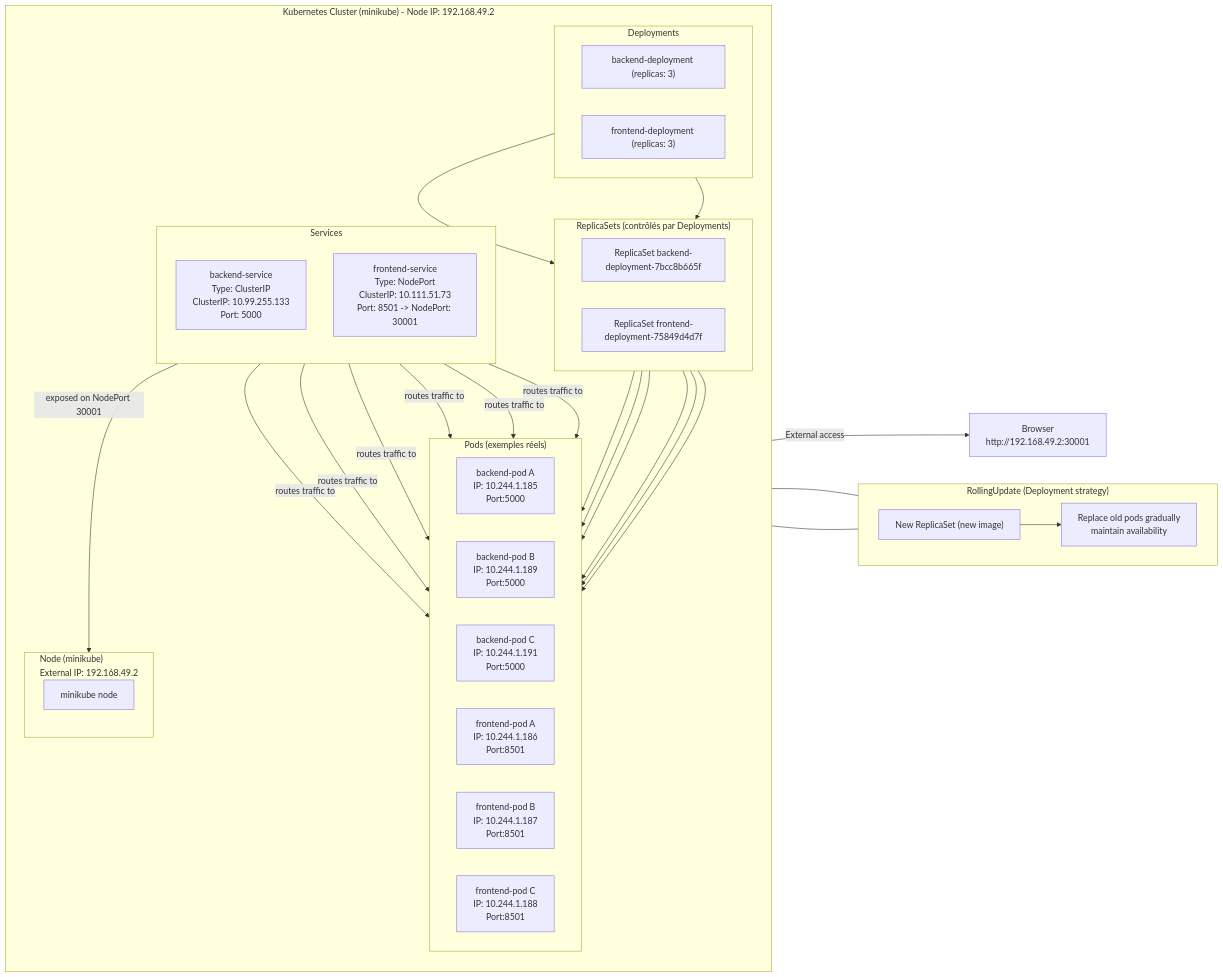
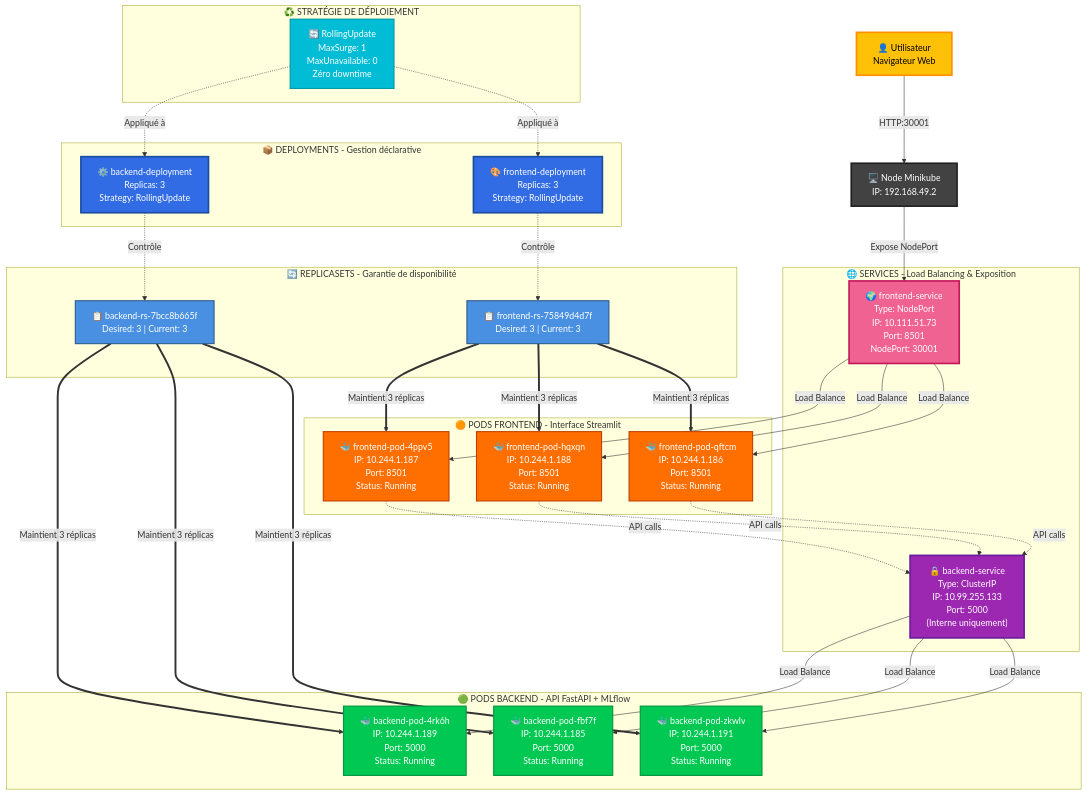
Before and after one commit to ImenBenAmar/Crime_detection_Mlops: the diagram in k8s/readme.md, drawn with Mermaid. The commit also changed other lines of this file, not shown here.

Commit message:
readme for k8s

````diff
--- a/k8s/readme.md
+++ b/k8s/readme.md
@@ -5,72 +8,91 @@
 ```mermaid
-graph LR
-  subgraph Cluster["Kubernetes Cluster (minikube) - Node IP: 192.168.49.2"]
-    direction TB
+graph TB
+    %% Définition des styles
+    classDef deploymentStyle fill:#326CE5,stroke:#1A4D9E,stroke-width:3px,color:#fff
+    classDef replicasetStyle fill:#4A90E2,stroke:#2E5C8A,stroke-width:2px,color:#fff
+    classDef podBackendStyle fill:#00C853,stroke:#00963F,stroke-width:2px,color:#fff
+    classDef podFrontendStyle fill:#FF6F00,stroke:#C43E00,stroke-width:2px,color:#fff
+    classDef serviceClusterStyle fill:#9C27B0,stroke:#6A1B9A,stroke-width:3px,color:#fff
+    classDef serviceNodeStyle fill:#F06292,stroke:#C2185B,stroke-width:3px,color:#fff
+    classDef nodeStyle fill:#424242,stroke:#212121,stroke-width:3px,color:#fff
+    classDef userStyle fill:#FFC107,stroke:#FF8F00,stroke-width:3px,color:#000
+    classDef updateStyle fill:#00BCD4,stroke:#0097A7,stroke-width:2px,color:#fff
 
-    subgraph Deployments["Deployments"]
-      direction LR
-  BE_DEP["backend-deployment (replicas: 3)"]
-  FE_DEP["frontend-deployment (replicas: 3)"]
+    %% Utilisateur externe
+    USER["👤 Utilisateur<br/>Navigateur Web"]:::userStyle
+    
+    %% Node Minikube
+    NODE["🖥️ Node Minikube<br/>IP: 192.168.49.2"]:::nodeStyle
+    
+    %% Deployments
+    subgraph DEPLOY["📦 DEPLOYMENTS - Gestion déclarative"]
+        BE_DEPLOY["⚙️ backend-deployment<br/>Replicas: 3<br/>Strategy: RollingUpdate"]:::deploymentStyle
+        FE_DEPLOY["🎨 frontend-deployment<br/>Replicas: 3<br/>Strategy: RollingUpdate"]:::deploymentStyle
     end
-
-    subgraph ReplicaSets["ReplicaSets (contrôlés par Deployments)"]
-      direction LR
-  BE_RS["ReplicaSet backend-deployment-7bcc8b665f"]
-  FE_RS["ReplicaSet frontend-deployment-75849d4d7f"]
+    
+    %% ReplicaSets
+    subgraph RS["🔄 REPLICASETS - Garantie de disponibilité"]
+        BE_RS["📋 backend-rs-7bcc8b665f<br/>Desired: 3 | Current: 3"]:::replicasetStyle
+        FE_RS["📋 frontend-rs-75849d4d7f<br/>Desired: 3 | Current: 3"]:::replicasetStyle
     end
-
-    subgraph Pods["Pods (exemples réels)"]
-      direction LR
-      BE_POD1["backend-pod A\nIP: 10.244.1.185\nPort:5000"]
-      BE_POD2["backend-pod B\nIP: 10.244.1.189\nPort:5000"]
-      BE_POD3["backend-pod C\nIP: 10.244.1.191\nPort:5000"]
-
-      FE_POD1["frontend-pod A\nIP: 10.244.1.186\nPort:8501"]
-      FE_POD2["frontend-pod B\nIP: 10.244.1.187\nPort:8501"]
-      FE_POD3["frontend-pod C\nIP: 10.244.1.188\nPort:8501"]
+    
+    %% Backend Pods
+    subgraph BEPODS["🟢 PODS BACKEND - API FastAPI + MLflow"]
+        BE_POD1["🐳 backend-pod-4rk6h<br/>IP: 10.244.1.189<br/>Port: 5000<br/>Status: Running"]:::podBackendStyle
+        BE_POD2["🐳 backend-pod-fbf7f<br/>IP: 10.244.1.185<br/>Port: 5000<br/>Status: Running"]:::podBackendStyle
+        BE_POD3["🐳 backend-pod-zkwlv<br/>IP: 10.244.1.191<br/>Port: 5000<br/>Status: Running"]:::podBackendStyle
     end
-
-    subgraph Services["Services"]
-      direction TB
-  BACK_SVC["backend-service\nType: ClusterIP\nClusterIP: 10.99.255.133\nPort: 5000"]
-  FRONT_SVC["frontend-service\nType: NodePort\nClusterIP: 10.111.51.73\nPort: 8501 -> NodePort: 30001"]
+    
+    %% Frontend Pods
+    subgraph FEPODS["🟠 PODS FRONTEND - Interface Streamlit"]
+        FE_POD1["🐳 frontend-pod-4ppv5<br/>IP: 10.244.1.187<br/>Port: 8501<br/>Status: Running"]:::podFrontendStyle
+        FE_POD2["🐳 frontend-pod-hqxqn<br/>IP: 10.244.1.188<br/>Port: 8501<br/>Status: Running"]:::podFrontendStyle
+        FE_POD3["🐳 frontend-pod-qftcm<br/>IP: 10.244.1.186<br/>Port: 8501<br/>Status: Running"]:::podFrontendStyle
     end
-
-    subgraph Node["Node (minikube)\nExternal IP: 192.168.49.2"]
-      direction TB
-      NODE["minikube node"]
+    
+    %% Services
+    subgraph SVC["🌐 SERVICES - Load Balancing & Exposition"]
+        BACK_SVC["🔒 backend-service<br/>Type: ClusterIP<br/>IP: 10.99.255.133<br/>Port: 5000<br/>(Interne uniquement)"]:::serviceClusterStyle
+        FRONT_SVC["🌍 frontend-service<br/>Type: NodePort<br/>IP: 10.111.51.73<br/>Port: 8501<br/>NodePort: 30001"]:::serviceNodeStyle
     end
-  end
-
-  %% relations
-  BE_DEP --> BE_RS
-  FE_DEP --> FE_RS
-
-  BE_RS --> BE_POD1
-  BE_RS --> BE_POD2
-  BE_RS --> BE_POD3
-
-  FE_RS --> FE_POD1
-  FE_RS --> FE_POD2
-  FE_RS --> FE_POD3
-
-  BACK_SVC -->|routes traffic to| BE_POD1
-  BACK_SVC -->|routes traffic to| BE_POD2
-  BACK_SVC -->|routes traffic to| BE_POD3
-
-  FRONT_SVC -->|routes traffic to| FE_POD1
-  FRONT_SVC -->|routes traffic to| FE_POD2
-  FRONT_SVC -->|routes traffic to| FE_POD3
-
-  FRONT_SVC -->|exposed on NodePort 30001| NODE
-  NODE -->|External access| Browser["Browser\nhttp://192.168.49.2:30001"]
-
-  %% Rolling update flow
-  subgraph RollingUpdate["RollingUpdate (Deployment strategy)"]
-    direction LR
-    NewReplicaSet["New ReplicaSet (new image)"] --> ReplacePods["Replace old pods gradually\nmaintain availability"]
-  end
-
-  BE_DEP --- RollingUpdate
-  FE_DEP --- RollingUpdate
+    
+    %% Rolling Update Strategy
+    subgraph UPDATE["♻️ STRATÉGIE DE DÉPLOIEMENT"]
+        STRATEGY["🔄 RollingUpdate<br/>MaxSurge: 1<br/>MaxUnavailable: 0<br/>Zéro downtime"]:::updateStyle
+    end
+    
+    %% Relations - Flux utilisateur
+    USER -->|"HTTP:30001"| NODE
+    NODE -->|"Expose NodePort"| FRONT_SVC
+    
+    %% Relations - Deployments vers ReplicaSets
+    BE_DEPLOY -.->|"Contrôle"| BE_RS
+    FE_DEPLOY -.->|"Contrôle"| FE_RS
+    
+    %% Relations - ReplicaSets vers Pods
+    BE_RS ==>|"Maintient 3 réplicas"| BE_POD1
+    BE_RS ==>|"Maintient 3 réplicas"| BE_POD2
+    BE_RS ==>|"Maintient 3 réplicas"| BE_POD3
+    
+    FE_RS ==>|"Maintient 3 réplicas"| FE_POD1
+    FE_RS ==>|"Maintient 3 réplicas"| FE_POD2
+    FE_RS ==>|"Maintient 3 réplicas"| FE_POD3
+    
+    %% Relations - Services vers Pods (Load Balancing)
+    BACK_SVC -->|"Load Balance"| BE_POD1
+    BACK_SVC -->|"Load Balance"| BE_POD2
+    BACK_SVC -->|"Load Balance"| BE_POD3
+    
+    FRONT_SVC -->|"Load Balance"| FE_POD1
+    FRONT_SVC -->|"Load Balance"| FE_POD2
+    FRONT_SVC -->|"Load Balance"| FE_POD3
+    
+    %% Communication interne Frontend -> Backend
+    FE_POD1 -.->|"API calls"| BACK_SVC
+    FE_POD2 -.->|"API calls"| BACK_SVC
+    FE_POD3 -.->|"API calls"| BACK_SVC
+    
+    %% Lien stratégie de déploiement
+    STRATEGY -.->|"Appliqué à"| BE_DEPLOY
+    STRATEGY -.->|"Appliqué à"| FE_DEPLOY
 ```
````
